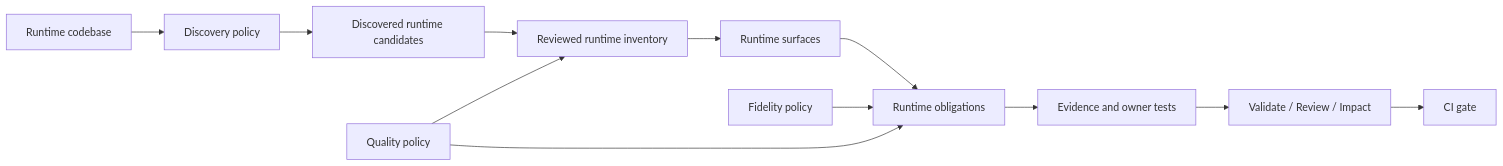
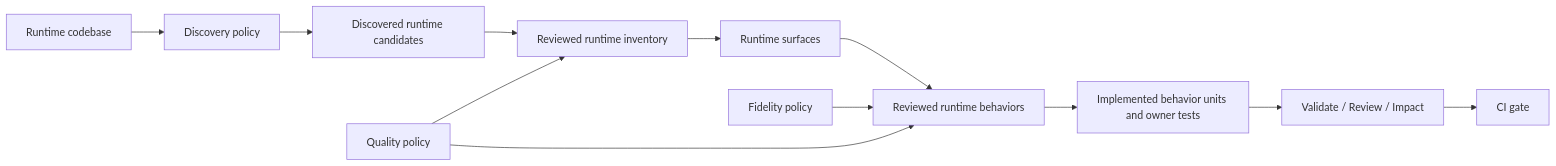
The first of 4 diagrams in README.md (philo-kim/runtime-obligation-testops), drawn with Mermaid before and after one commit. The commit also changed other lines of this file and 29 other files, not shown here.

Commit message:
Promote reviewed runtime behaviors as denominator

````diff
--- a/README.md
+++ b/README.md
@@ -51,15 +51,15 @@
 ```mermaid
 flowchart LR
   A[Runtime codebase] --> B[Discovery policy]
   B --> C[Discovered runtime candidates]
   C --> D[Reviewed runtime inventory]
   D --> E[Runtime surfaces]
-  E --> F[Runtime obligations]
-  F --> G[Evidence and owner tests]
+  E --> F[Reviewed runtime behaviors]
+  F --> G[Implemented behavior units and owner tests]
   G --> H[Validate / Review / Impact]
   H --> I[CI gate]
 
   J[Fidelity policy] --> F
   K[Quality policy] --> D
   K --> F
 ```
````
